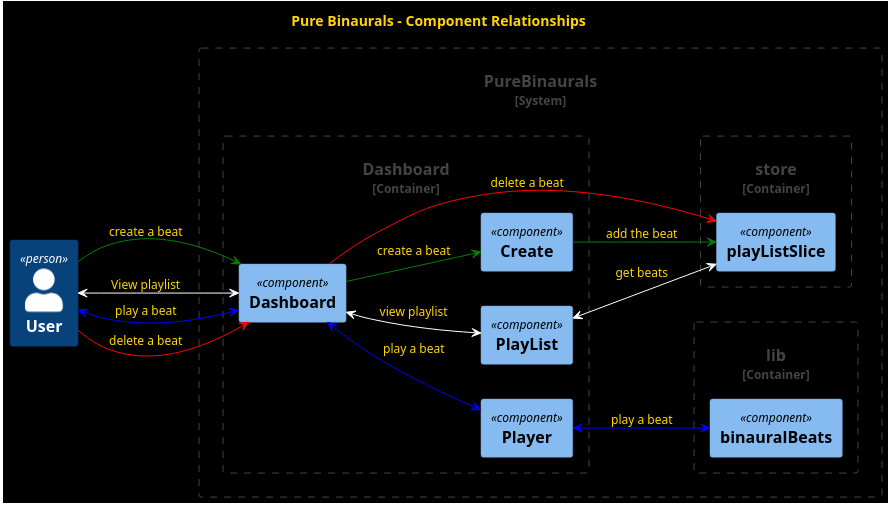
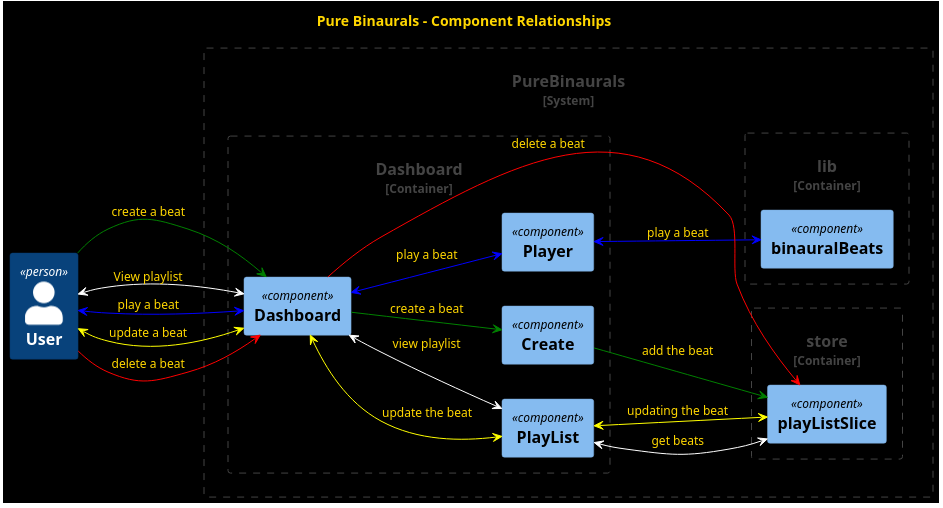
Before and after one commit to maxamed1st/pureBinaurals: the diagram in planning/componentRelationships.puml, drawn with PlantUML. The commit also changed 1 other file, not shown here.

Commit message:
update a beat

```diff
--- a/planning/componentRelationships.puml
+++ b/planning/componentRelationships.puml
@@ -1,53 +1,58 @@
 @startuml Pure-Binaurals-Components
 
 title Pure Binaurals - Component Relationships
 
 left to right direction
 
 set separator none
 
 !include <C4/C4>
 !include <C4/C4_Context>
 !include <C4/C4_Component>
 
 skinparam BackgroundColor black
 skinparam DefaultFontColor gold
 
 Person(User, "User")
 System_Boundary(PureBinaurals, "PureBinaurals") {
   Container_Boundary(Dashboard, "Dashboard") {
     Component(Dashboard.Dashboard, "Dashboard")
     Component(Dashboard.Create, "Create")
     Component(Dashboard.PlayList, "PlayList")
     Component(Dashboard.Player, "Player")
   }
 
   Container_Boundary(store, "store") {
     Component(store.playListSlice, "playListSlice")
   }
 
   Container_Boundary(lib, "lib") {
     Component(lib.binauralBeats, "binauralBeats")
   }
 }
 
 'Create and save new beat
 skinparam ArrowColor green
 User --> Dashboard.Dashboard: "create a beat"
 Dashboard.Dashboard --> Dashboard.Create: "create a beat"
 Dashboard.Create --> store.playListSlice: "add the beat"
 'view playlist
 skinparam ArrowColor white
 User <--> Dashboard.Dashboard: "View playlist"
 Dashboard.Dashboard <--> Dashboard.PlayList: "view playlist"
 Dashboard.PlayList <--> store.playListSlice: "get beats"
 'Play beat
 skinparam ArrowColor blue
 User <--> Dashboard.Dashboard: "play a beat"
 Dashboard.Dashboard <--> Dashboard.Player: "play a beat"
 Dashboard.Player <--> lib.binauralBeats: "play a beat"
+'update a beat
+skinparam ArrowColor yellow
+User <--> Dashboard.Dashboard: "update a beat"
+Dashboard.Dashboard <--> Dashboard.PlayList: "update the beat"
+Dashboard.PlayList <--> store.playListSlice: "updating the beat"
 'delete a beat
 skinparam ArrowColor red
 User --> Dashboard.Dashboard: "delete a beat"
 Dashboard.Dashboard --> store.playListSlice: "delete a beat"
 @enduml
```
